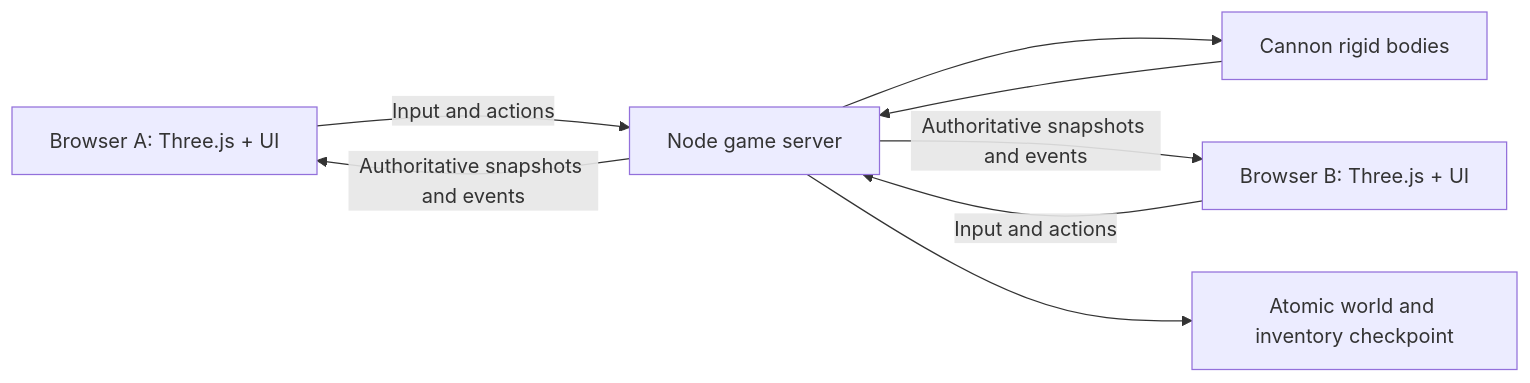
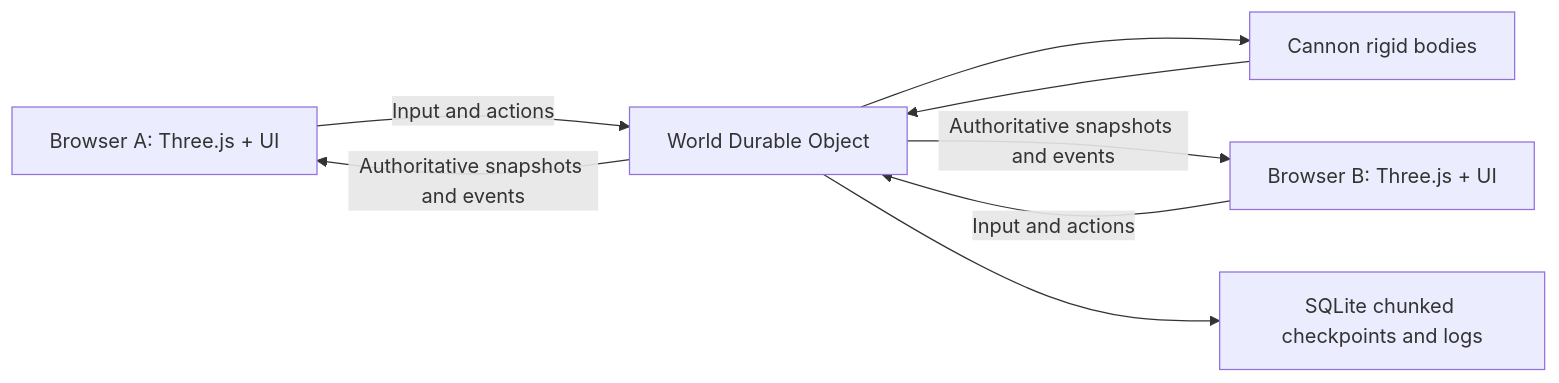
The diagram in docs/ARCHITECTURE.md (DevanMetz/openrp), drawn with Mermaid before and after one commit. The commit also changed other lines of this file and 70 other files, not shown here.

````diff
--- a/docs/ARCHITECTURE.md
+++ b/docs/ARCHITECTURE.md
@@ -9,10 +9,10 @@
 ```mermaid
 flowchart LR
-    A[Browser A: Three.js + UI] -->|Input and actions| S[Node game server]
+    A[Browser A: Three.js + UI] -->|Input and actions| S[World Durable Object]
     B[Browser B: Three.js + UI] -->|Input and actions| S
     S --> P[Cannon rigid bodies]
     P --> S
     S -->|Authoritative snapshots and events| A
     S -->|Authoritative snapshots and events| B
-    S --> D[Atomic world and inventory checkpoint]
+    S --> D[SQLite chunked checkpoints and logs]
 ```
````
